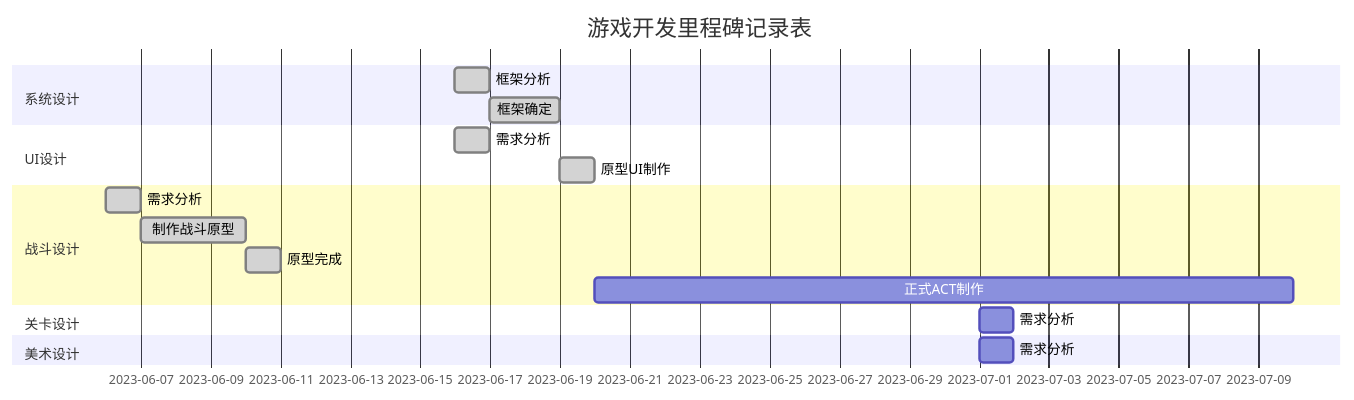
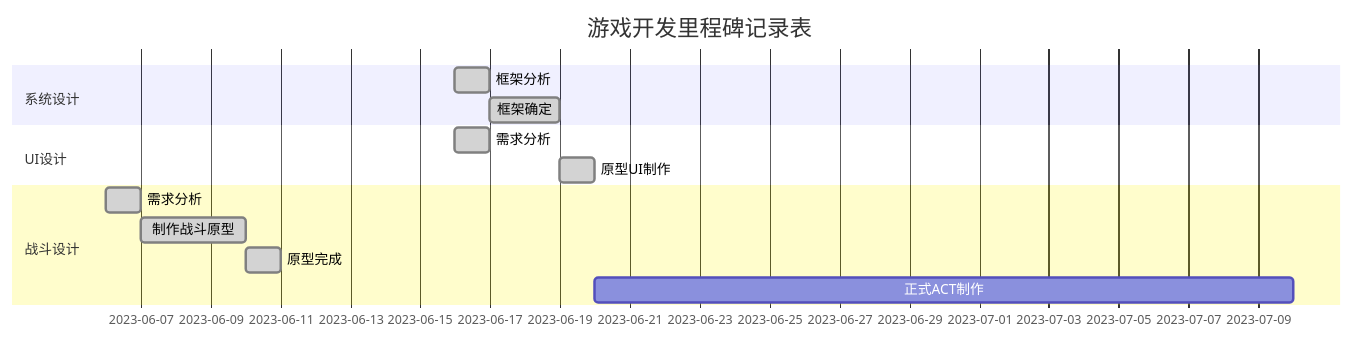
The diagram in README.md (ANKIIMA/GameDesign-ARPG), drawn with Mermaid before and after one commit. The commit also changed other lines of this file and 268 other files, not shown here.

````diff
--- a/README.md
+++ b/README.md
@@ -19,27 +17,21 @@
 ```mermaid
 gantt
 title 游戏开发里程碑记录表
 
 dateFormat MM-DD
 
 section 系统设计
 框架分析 :done, sy-des1, 06-16, 1d
 框架确定 :done, sy-des1, 06-17, 2d
 
 section UI设计
 需求分析 :done, ui-des1,06-16,1d
 原型UI制作 :done, ui-des2, 06-19, 1d
 
 section 战斗设计
 需求分析 :done,f-des1,06-06,1d
 制作战斗原型 :done, f-des2,06-07,3d
 原型完成 :done, f-des3, after f-des2, 1d
 正式ACT制作 :f-des4, 06-20, 20d
 
-section 关卡设计
-需求分析 :s-des1,07-01,1d
-
-section 美术设计
-需求分析 :a-des1, 07-01, 1d
-
 ```
````
